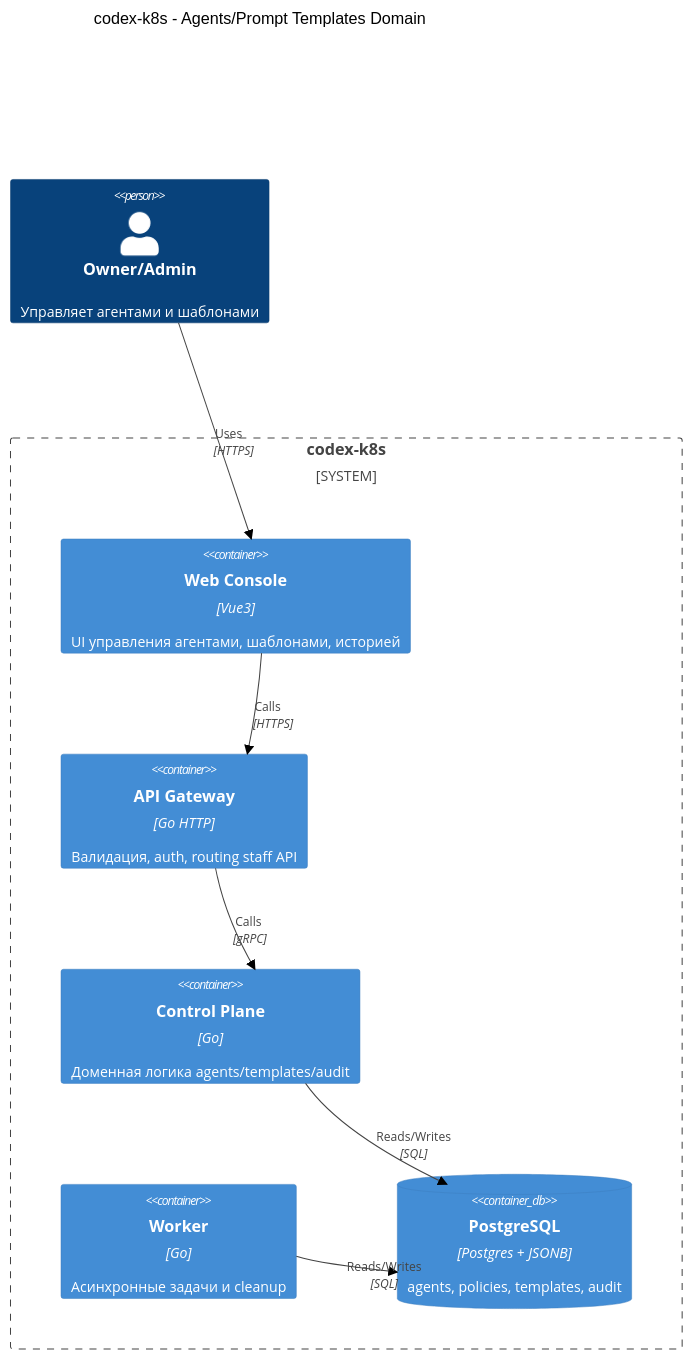
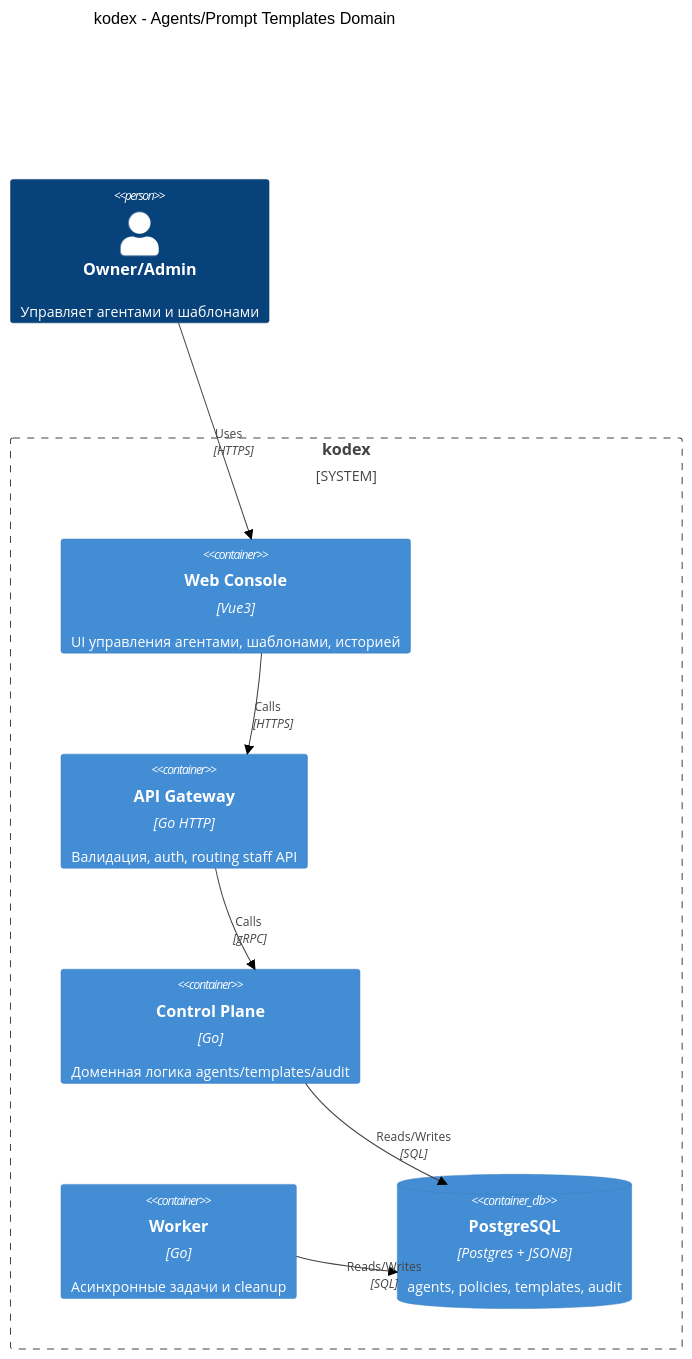
One commit to codex-k8s/kodex changed the diagram in docs/architecture/initiatives/agents_prompt_templates_lifecycle/architecture.md. Above: the diagram before and after it, drawn with Mermaid (neutral theme). The commit also changed other lines of this file and 707 other files, not shown here.

Commit message:
Rename codex-k8s platform to kodex

````diff
--- a/docs/architecture/initiatives/agents_prompt_templates_lifecycle/architecture.md
+++ b/docs/architecture/initiatives/agents_prompt_templates_lifecycle/architecture.md
@@ -54,20 +54,20 @@
 ```mermaid
 C4Container
-title codex-k8s - Agents/Prompt Templates Domain
+title kodex - Agents/Prompt Templates Domain
 
 Person(owner, "Owner/Admin", "Управляет агентами и шаблонами")
 
-System_Boundary(b0, "codex-k8s") {
+System_Boundary(b0, "kodex") {
   Container(web, "Web Console", "Vue3", "UI управления агентами, шаблонами, историей")
   Container(gw, "API Gateway", "Go HTTP", "Валидация, auth, routing staff API")
   Container(cp, "Control Plane", "Go", "Доменная логика agents/templates/audit")
   Container(worker, "Worker", "Go", "Асинхронные задачи и cleanup")
   ContainerDb(db, "PostgreSQL", "Postgres + JSONB", "agents, policies, templates, audit")
 }
 
 Rel(owner, web, "Uses", "HTTPS")
 Rel(web, gw, "Calls", "HTTPS")
 Rel(gw, cp, "Calls", "gRPC")
 Rel(cp, db, "Reads/Writes", "SQL")
 Rel(worker, db, "Reads/Writes", "SQL")
 ```
````
